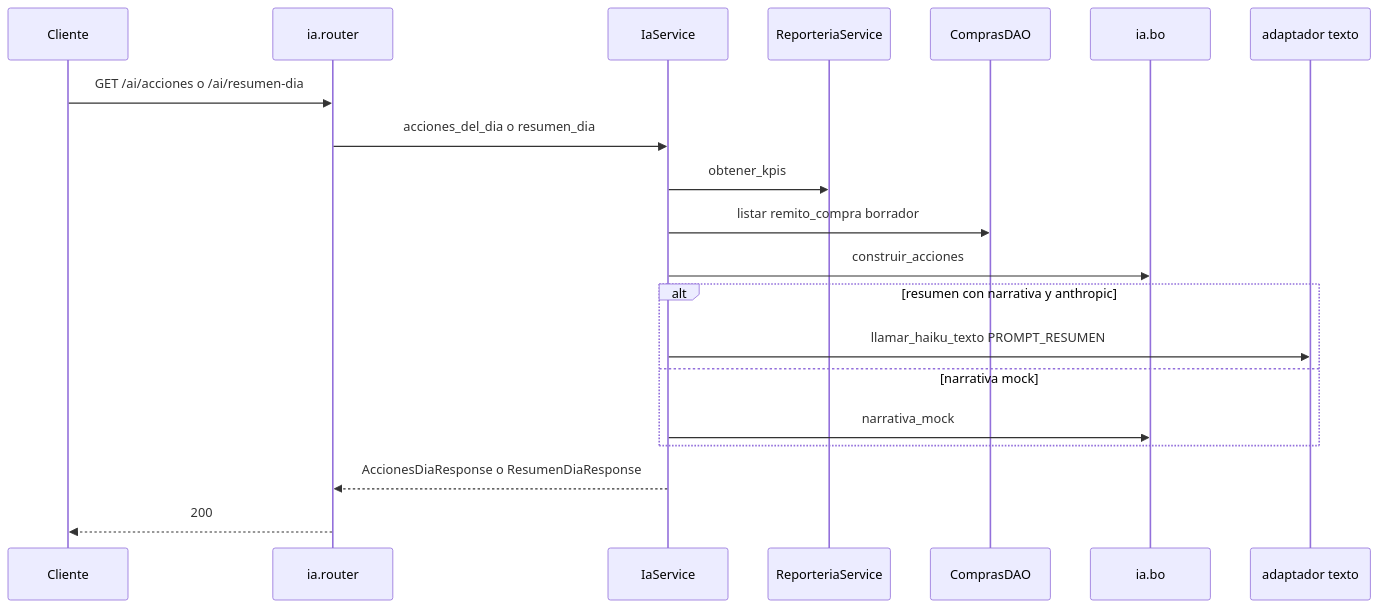
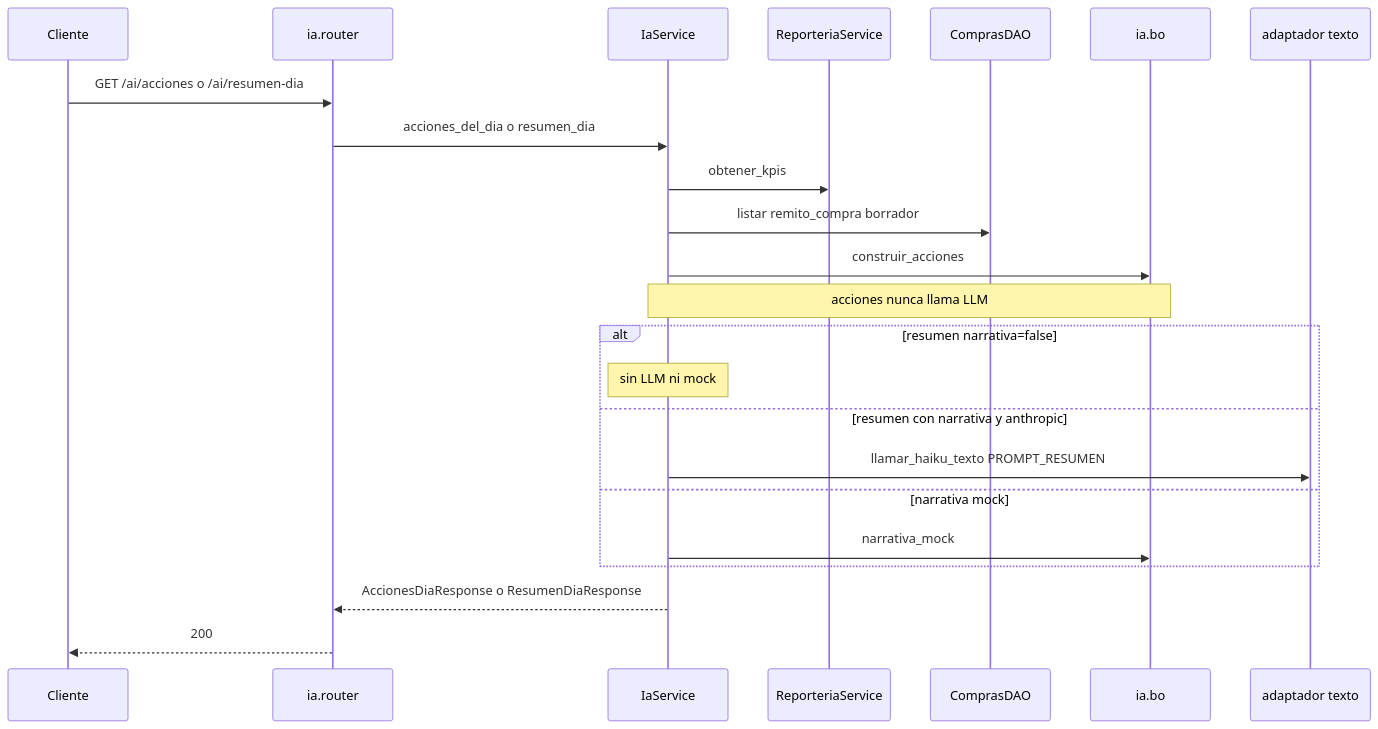
One commit to estsan3/ventas360-api changed the second of 3 diagrams in docs/diagramas/ia.md. Above: the diagram before and after it, drawn with Mermaid. The commit also changed other lines of this file and 21 other files, not shown here.

First line of the commit message:
docs: diagramas de secuencia por módulo (sync 2026-09-23)

````diff
--- a/docs/diagramas/ia.md
+++ b/docs/diagramas/ia.md
@@ -44,23 +46,26 @@
 ```mermaid
 sequenceDiagram
     participant Cliente
     participant Router as ia.router
     participant Service as IaService
     participant Reporteria as ReporteriaService
     participant Compras as ComprasDAO
     participant BO as ia.bo
     participant LLM as adaptador texto
 
     Cliente->>Router: GET /ai/acciones o /ai/resumen-dia
     Router->>Service: acciones_del_dia o resumen_dia
     Service->>Reporteria: obtener_kpis
     Service->>Compras: listar remito_compra borrador
     Service->>BO: construir_acciones
-    alt resumen con narrativa y anthropic
+    Note over Service,BO: acciones nunca llama LLM
+    alt resumen narrativa=false
+        Note over Service: sin LLM ni mock
+    else resumen con narrativa y anthropic
         Service->>LLM: llamar_haiku_texto PROMPT_RESUMEN
     else narrativa mock
         Service->>BO: narrativa_mock
     end
     Service-->>Router: AccionesDiaResponse o ResumenDiaResponse
     Router-->>Cliente: 200
 ```
````
